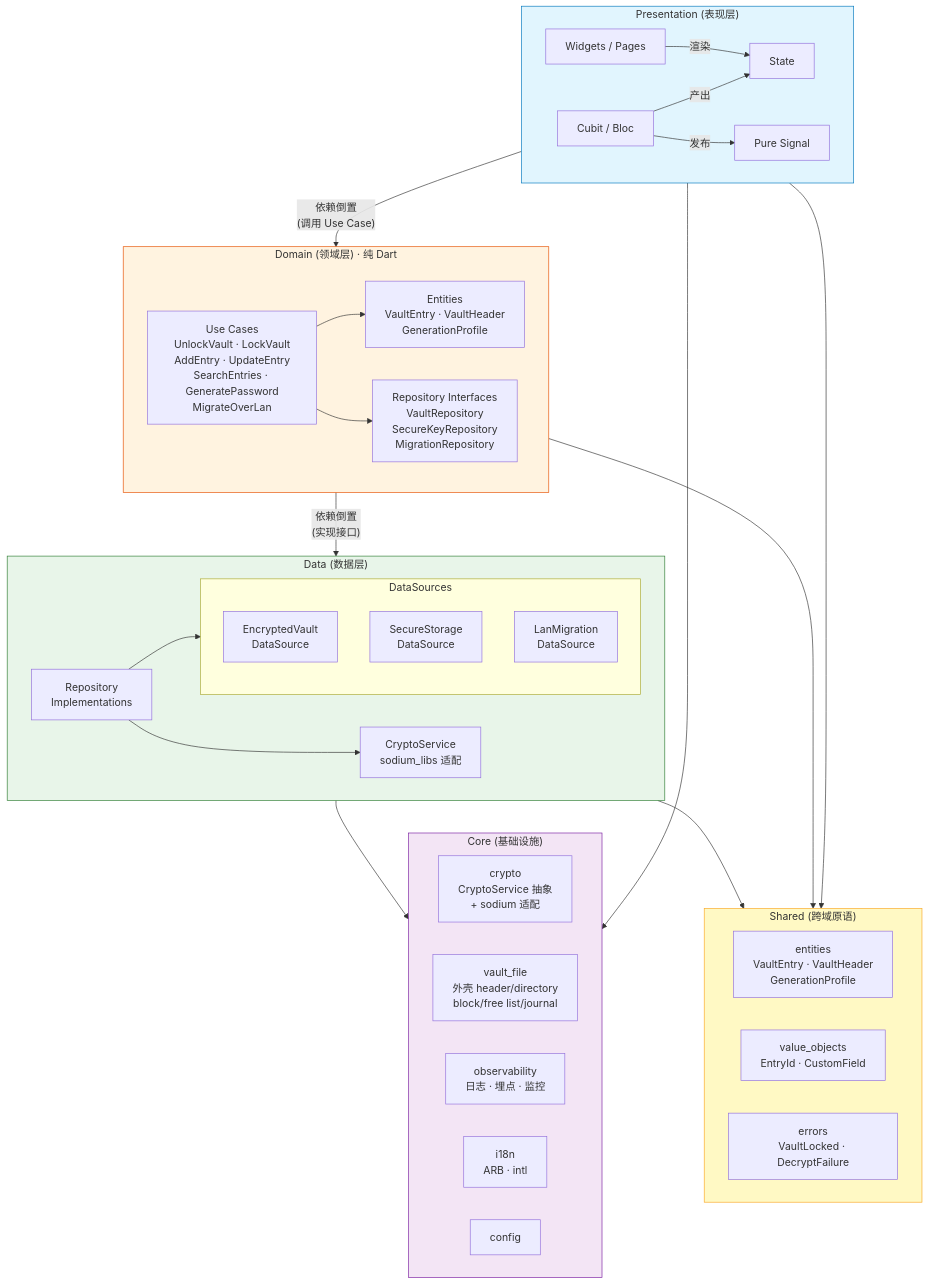
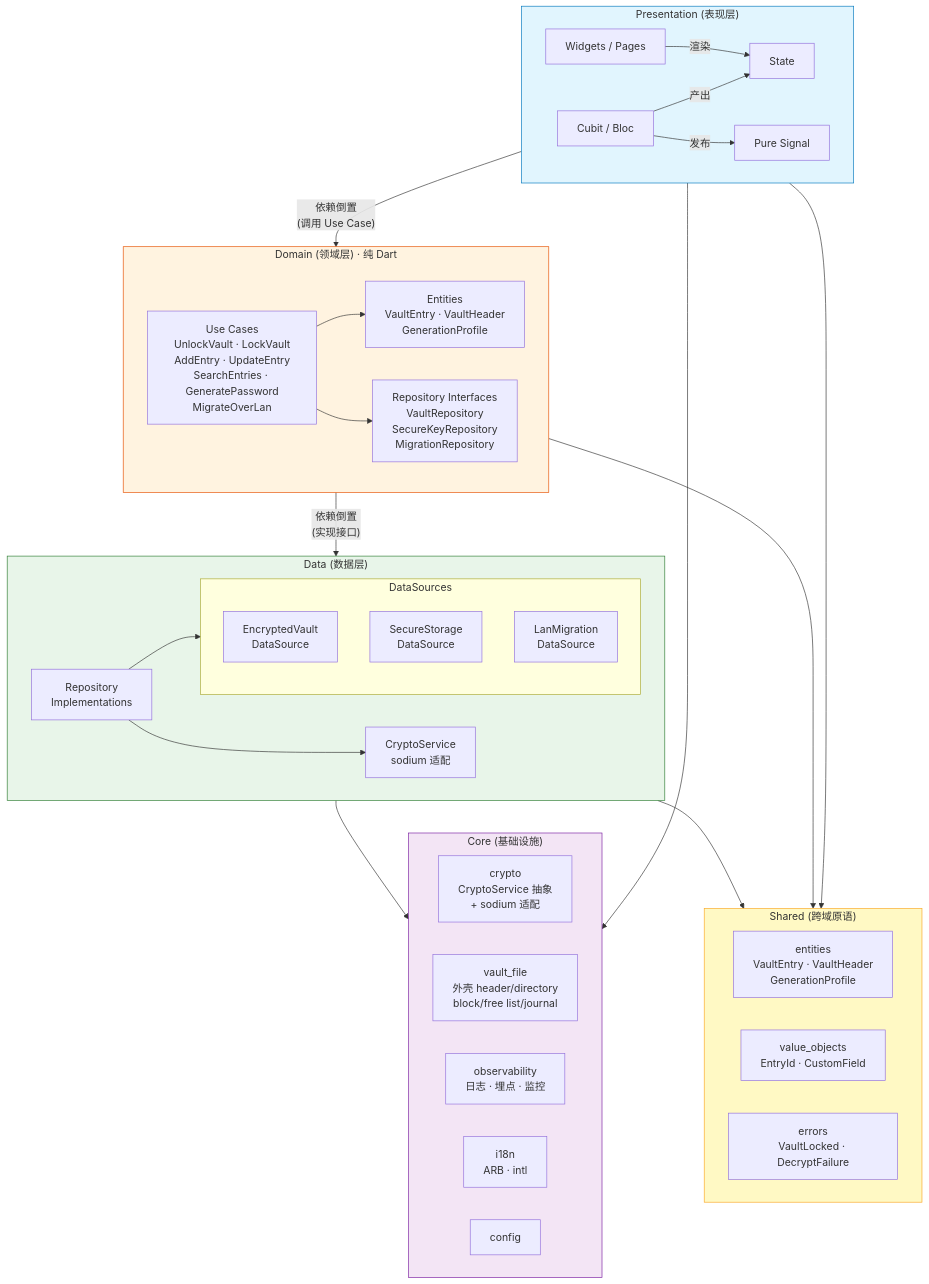
The first of 2 diagrams in docs/ARCHITECTURE.md (CCreative-Od1L/project_sw), drawn with Mermaid before and after one commit. The commit also changed other lines of this file and 9 other files, not shown here.

Commit message:
docs(crypto): align sodium references after #14

````diff
--- a/docs/ARCHITECTURE.md
+++ b/docs/ARCHITECTURE.md
@@ -55,65 +55,65 @@
 ```mermaid
 graph TB
     subgraph Presentation["Presentation (表现层)"]
         direction LR
         W["Widgets / Pages"]
         C["Cubit / Bloc"]
         S1["State"]
         PS["Pure Signal"]
         W -->|"渲染"| S1
         C -->|"产出"| S1
         C -->|"发布"| PS
     end
 
     subgraph Domain["Domain (领域层) · 纯 Dart"]
         direction LR
         E["Entities<br/>VaultEntry · VaultHeader<br/>GenerationProfile"]
         UC["Use Cases<br/>UnlockVault · LockVault<br/>AddEntry · UpdateEntry<br/>SearchEntries · GeneratePassword<br/>MigrateOverLan"]
         RI["Repository Interfaces<br/>VaultRepository<br/>SecureKeyRepository<br/>MigrationRepository"]
         UC --> E
         UC --> RI
     end
 
     subgraph Data["Data (数据层)"]
         direction LR
         subgraph DS["DataSources"]
             EV["EncryptedVault<br/>DataSource"]
             SS["SecureStorage<br/>DataSource"]
             LM["LanMigration<br/>DataSource"]
         end
         RI_IMPL["Repository<br/>Implementations"]
-        CRYPTO["CryptoService<br/>sodium_libs 适配"]
+        CRYPTO["CryptoService<br/>sodium 适配"]
         RI_IMPL --> DS
         RI_IMPL --> CRYPTO
     end
 
     subgraph Core["Core (基础设施)"]
         direction LR
         C_CRYPTO["crypto<br/>CryptoService 抽象<br/>+ sodium 适配"]
         VF["vault_file<br/>外壳 header/directory<br/>block/free list/journal"]
         OBS["observability<br/>日志 · 埋点 · 监控"]
         I18N["i18n<br/>ARB · intl"]
         CFG["config"]
     end
 
     subgraph Shared["Shared (跨域原语)"]
         direction LR
         SH_ENT["entities<br/>VaultEntry · VaultHeader<br/>GenerationProfile"]
         SH_VO["value_objects<br/>EntryId · CustomField"]
         SH_ERR["errors<br/>VaultLocked · DecryptFailure"]
     end
 
     Presentation -->|"依赖倒置<br/>(调用 Use Case)"| Domain
     Domain -->|"依赖倒置<br/>(实现接口)"| Data
     Data --> Core
     Data --> Shared
     Domain --> Shared
     Presentation --> Core
     Presentation --> Shared
 
     style Presentation fill:#e1f5fe,stroke:#0277bd
     style Domain fill:#fff3e0,stroke:#e65100
     style Data fill:#e8f5e9,stroke:#2e7d32
     style Core fill:#f3e5f5,stroke:#7b1fa2
     style Shared fill:#fff9c4,stroke:#f9a825
 ```
````
